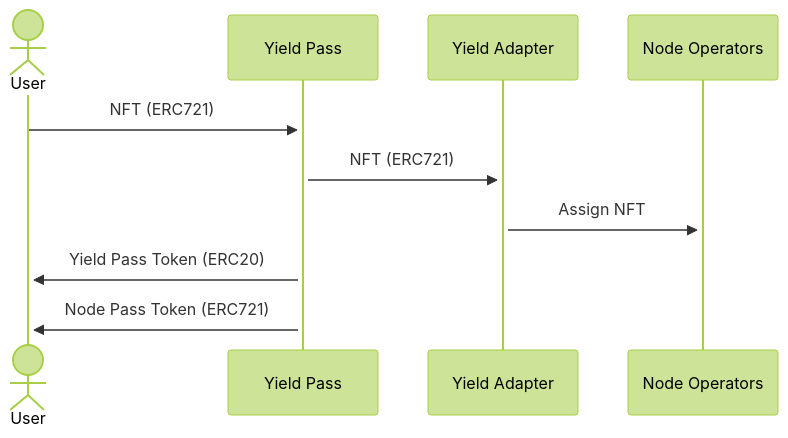
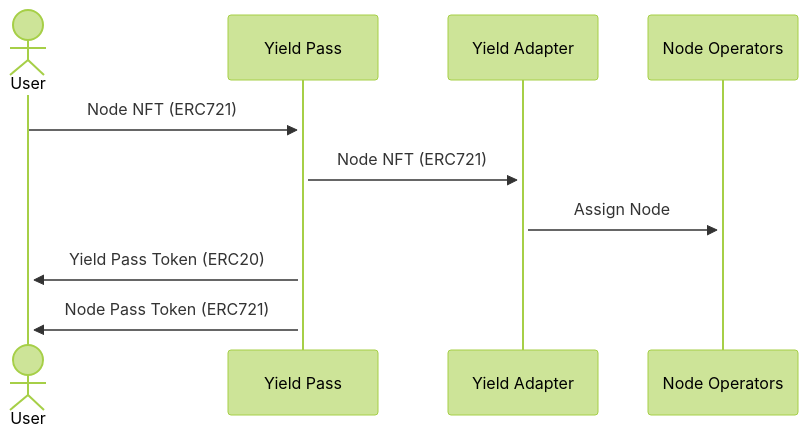
Before and after one commit to metastreet-labs/metastreet-yield-pass: the first of 5 diagrams in docs/DESIGN.md, drawn with Mermaid (forest theme). The commit also changed other lines of this file and 1 other file, not shown here.

````diff
--- a/docs/DESIGN.md
+++ b/docs/DESIGN.md
@@ -47,9 +48,9 @@
 ```mermaid
 sequenceDiagram
     actor User
-    User->>+Yield Pass: NFT (ERC721)
-    Yield Pass->>+Yield Adapter: NFT (ERC721)
-    Yield Adapter->>+Node Operators: Assign NFT
+    User->>+Yield Pass: Node NFT (ERC721)
+    Yield Pass->>+Yield Adapter: Node NFT (ERC721)
+    Yield Adapter->>+Node Operators: Assign Node
     Yield Pass->>+User: Yield Pass Token (ERC20)
     Yield Pass->>+User: Node Pass Token (ERC721)
 ```
````
